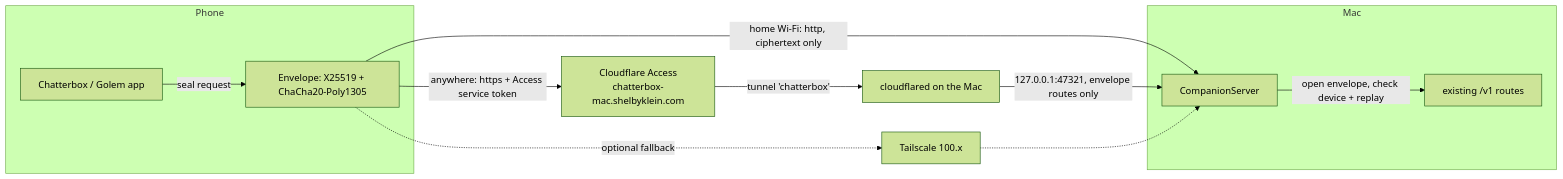
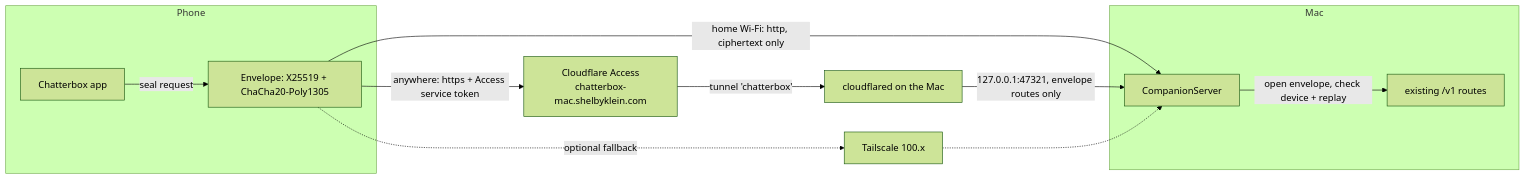
The diagram in design/mobile-encryption-tunnel/plan.md (shelbyklein/chatterbox), drawn with Mermaid (forest theme) before and after one commit. The commit also changed other lines of this file and 301 other files, not shown here.

````diff
--- a/design/mobile-encryption-tunnel/plan.md
+++ b/design/mobile-encryption-tunnel/plan.md
@@ -51,13 +51,13 @@
 ```mermaid
 flowchart LR
   subgraph Phone
-    A[Chatterbox / Golem app] -->|seal request| E1[Envelope: X25519 + ChaCha20-Poly1305]
+    A[Chatterbox app] -->|seal request| E1[Envelope: X25519 + ChaCha20-Poly1305]
   end
   E1 -->|home Wi-Fi: http, ciphertext only| S
   E1 -->|anywhere: https + Access service token| CF[Cloudflare Access\nchatterbox-mac.shelbyklein.com]
   CF -->|tunnel 'chatterbox'| CD[cloudflared on the Mac] -->|127.0.0.1:47321, envelope routes only| S
   E1 -.->|optional fallback| TS[Tailscale 100.x] -.-> S
   subgraph Mac
     S[CompanionServer] -->|open envelope, check device + replay| R[existing /v1 routes]
   end
 ```
````
